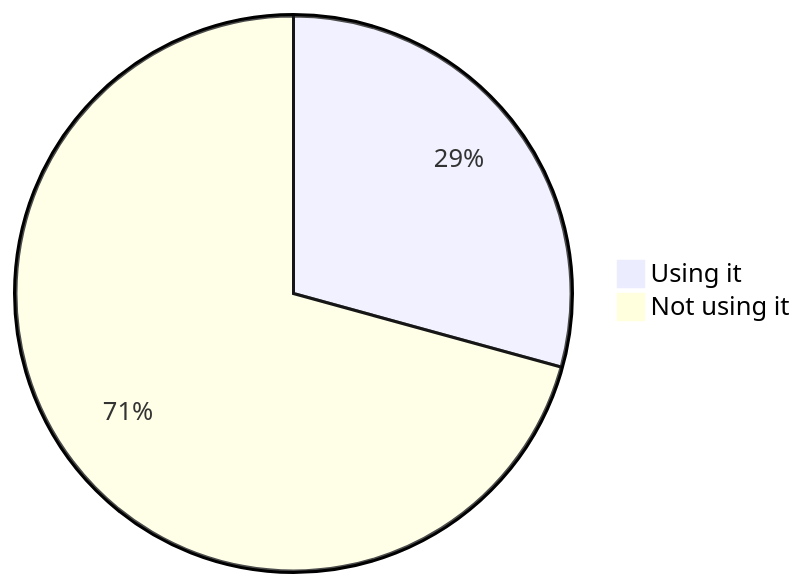
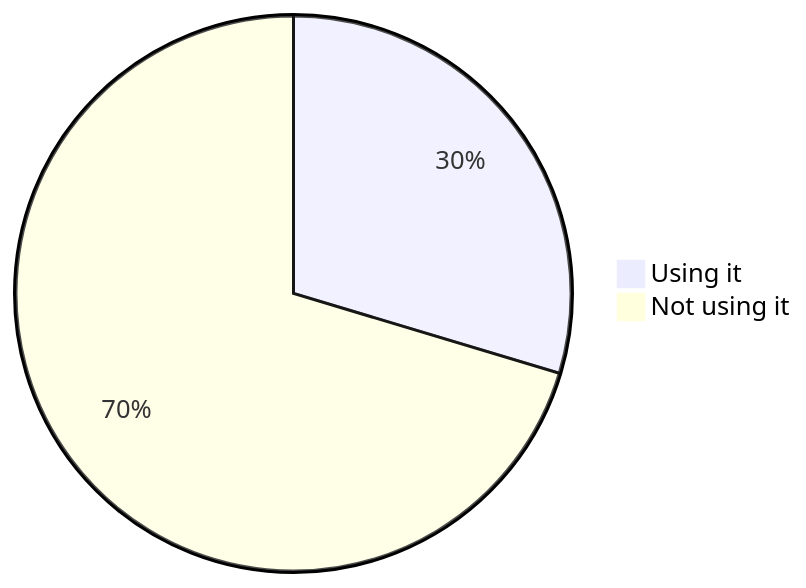
Diagram 14 of 22 in stats.md (oshp/oshp-stats), drawn with Mermaid before and after one commit. The commit also changed other lines of this file, not shown here.

````diff
--- a/stats.md
+++ b/stats.md
@@ -166,6 +166,6 @@
 ```mermaid
 pie
-	"Using it" : 29.27
-	"Not using it" : 70.73
+	"Using it" : 29.64
+	"Not using it" : 70.36
 
 ```
````
